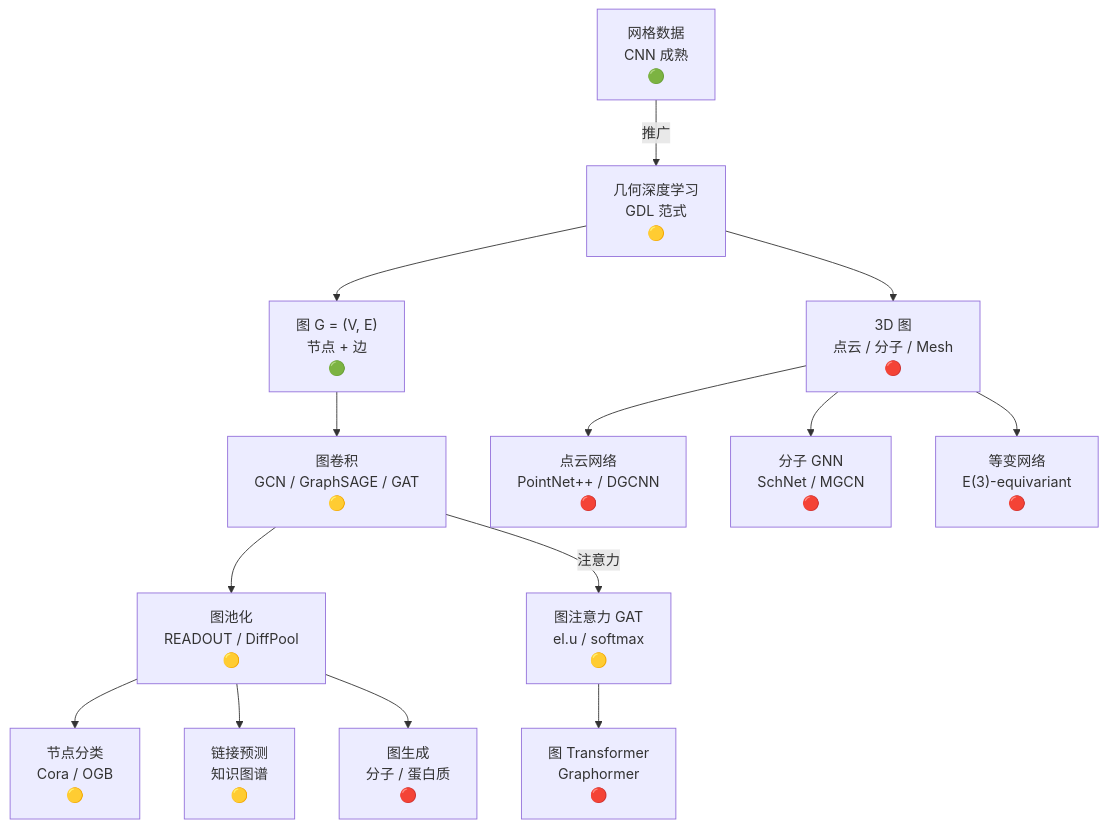
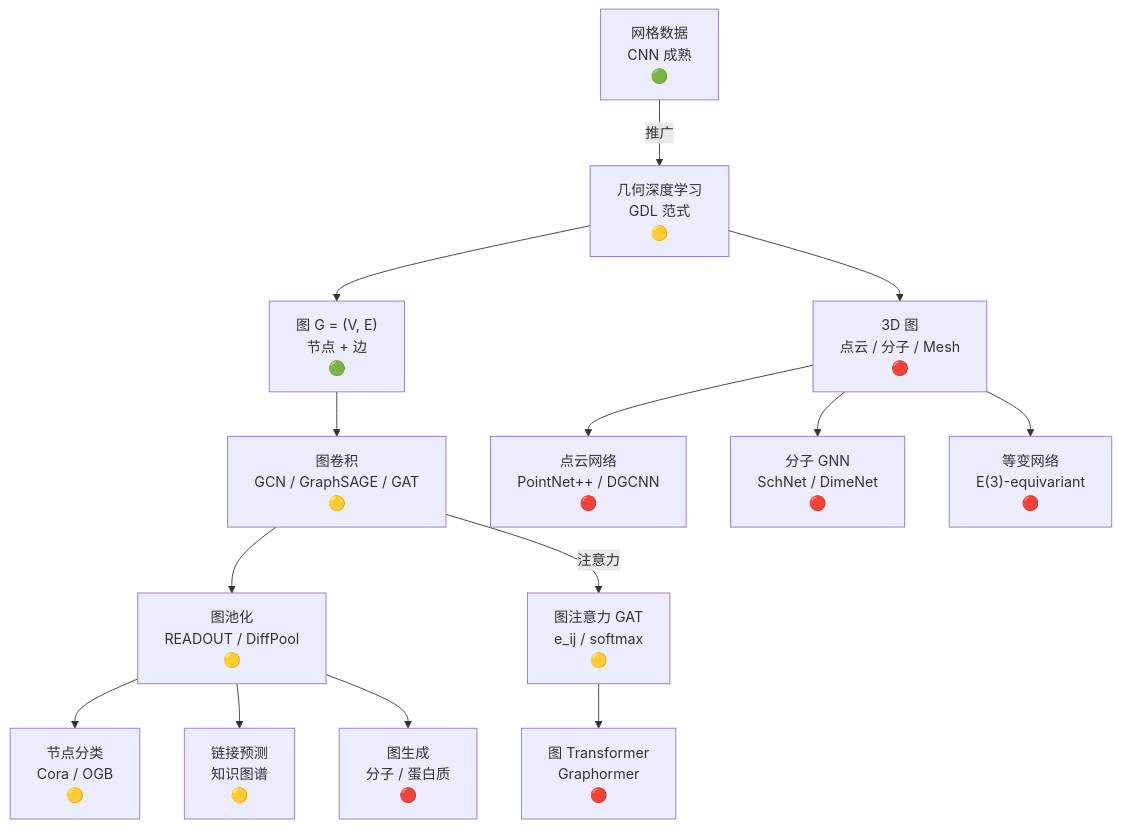
One commit to godlockin/maths-cs-ai-compendium changed the diagram in zh/教辅/信息图/第12章.md. Above: the diagram before and after it, drawn with Mermaid. The commit also changed other lines of this file and 9 other files, not shown here.

````diff
--- a/zh/教辅/信息图/第12章.md
+++ b/zh/教辅/信息图/第12章.md
@@ -9,45 +9,45 @@
 ```mermaid
 flowchart TB
     A["网格数据
 CNN 成熟
 🟢"] -->|推广| B["几何深度学习
 GDL 范式
 🟡"]
     B --> C["图 G = (V, E)
 节点 + 边
 🟢"]
     C --> D["图卷积
 GCN / GraphSAGE / GAT
 🟡"]
     D --> E["图池化
 READOUT / DiffPool
 🟡"]
     E --> F["节点分类
 Cora / OGB
 🟡"]
     E --> G["链接预测
 知识图谱
 🟡"]
     E --> H["图生成
 分子 / 蛋白质
 🔴"]
     D -->|注意力| I["图注意力 GAT
-el.u / softmax
+e_ij / softmax
 🟡"]
     I --> J["图 Transformer
 Graphormer
 🔴"]
 
     B --> K["3D 图
 点云 / 分子 / Mesh
 🔴"]
     K --> L["点云网络
 PointNet++ / DGCNN
 🔴"]
     K --> M["分子 GNN
-SchNet / MGCN
+SchNet / DimeNet
 🔴"]
     K --> N["等变网络
 E(3)-equivariant
 🔴"]
 ```
````
